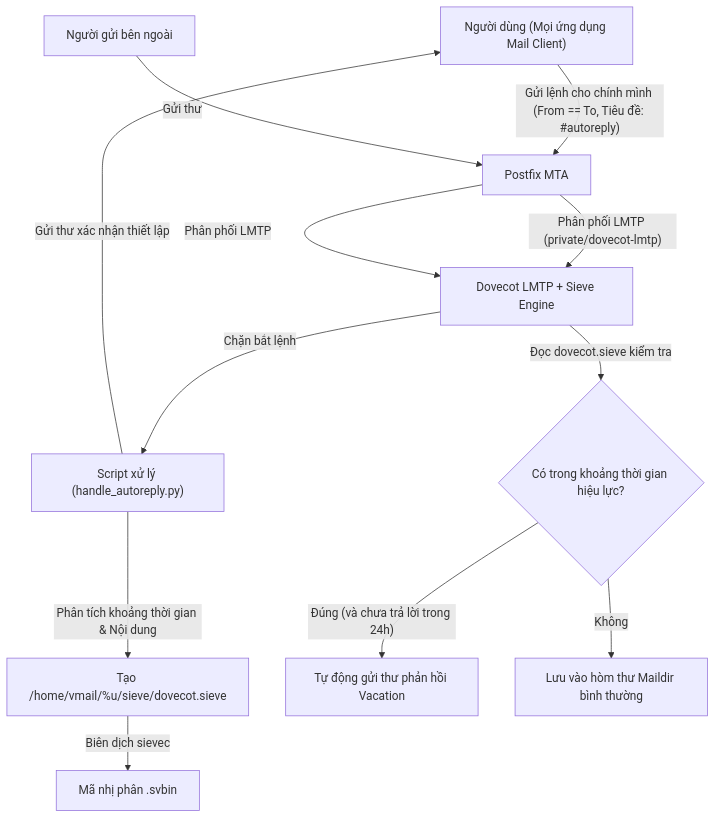
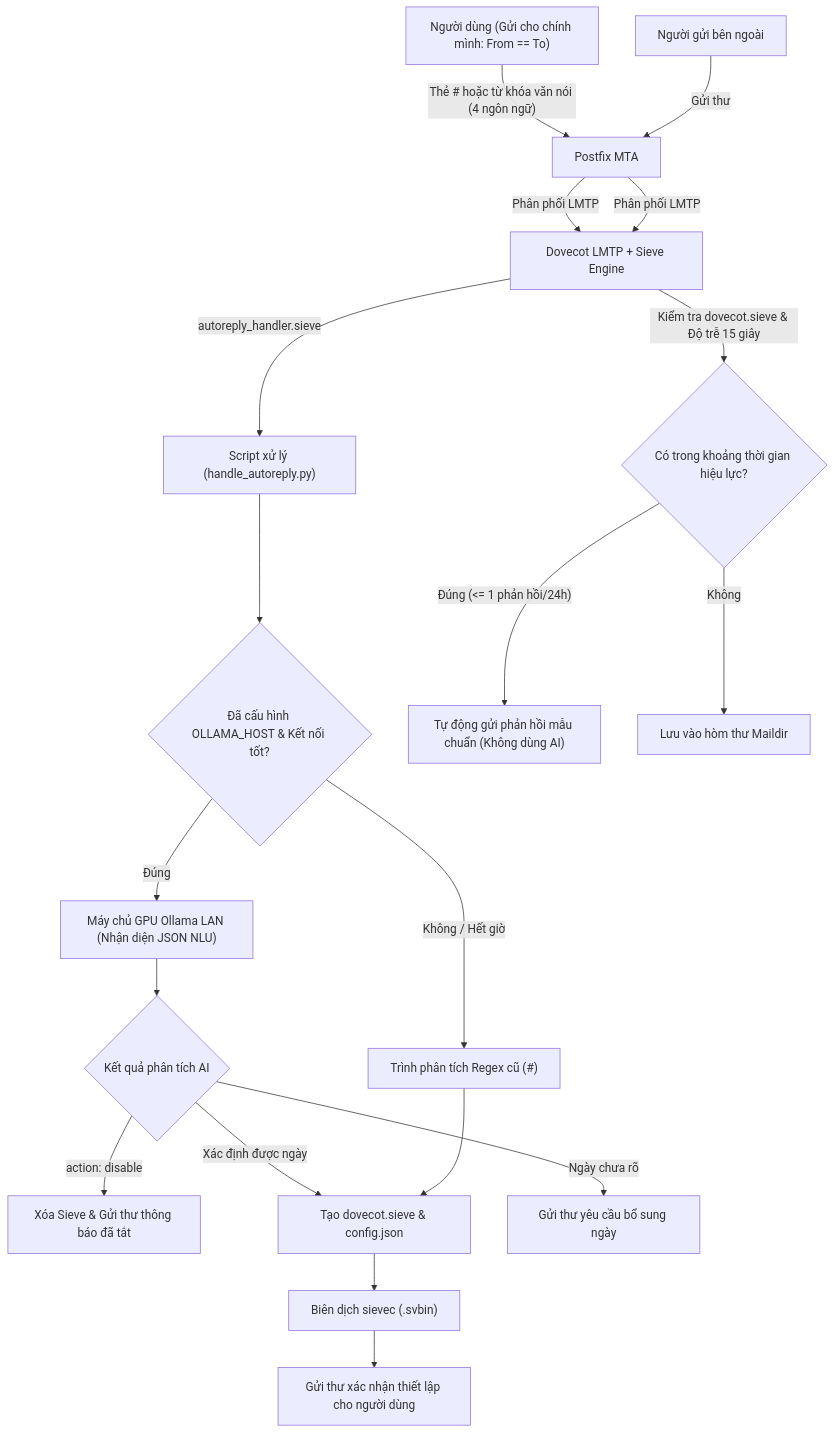
One commit to WilliamFromTW/docker-Postfix-AD changed the fourth of 4 diagrams in ARCHITECTURE.vi.md. Above: the diagram before and after it, drawn with Mermaid. The commit also changed other lines of this file and 11 other files, not shown here.

Commit message:
feat(autoreply): support ollama local AI for natural language auto-reply in 4 languages

````diff
--- a/ARCHITECTURE.vi.md
+++ b/ARCHITECTURE.vi.md
@@ -208,16 +208,26 @@
 ```mermaid
 graph TD
-    User["Người dùng (Mọi ứng dụng Mail Client)"] -->|"Gửi lệnh cho chính mình (From == To, Tiêu đề: #autoreply)"| Postfix["Postfix MTA"]
-    Postfix -->|"Phân phối LMTP (private/dovecot-lmtp)"| Dovecot["Dovecot LMTP + Sieve Engine"]
+    User["Người dùng (Gửi cho chính mình: From == To)"] -->|"Thẻ # hoặc từ khóa văn nói (4 ngôn ngữ)"| Postfix["Postfix MTA"]
+    Postfix -->|"Phân phối LMTP"| Dovecot["Dovecot LMTP + Sieve Engine"]
     
-    Dovecot -->|"Chặn bắt lệnh"| Handler["Script xử lý (handle_autoreply.py)"]
-    Handler -->|"Phân tích khoảng thời gian & Nội dung"| SieveGen["Tạo /home/vmail/%u/sieve/dovecot.sieve"]
-    SieveGen -->|"Biên dịch sievec"| Binary["Mã nhị phân .svbin"]
-    Handler -->|"Gửi thư xác nhận thiết lập"| User
+    Dovecot -->|"autoreply_handler.sieve"| Handler["Script xử lý (handle_autoreply.py)"]
+    Handler --> CheckOllama{"Đã cấu hình OLLAMA_HOST & Kết nối tốt?"}
+    
+    CheckOllama -->|"Đúng"| Ollama["Máy chủ GPU Ollama LAN (Nhận diện JSON NLU)"]
+    CheckOllama -->|"Không / Hết giờ"| FallbackRegex["Trình phân tích Regex cũ (#)"]
+    
+    Ollama --> ResultCheck{"Kết quả phân tích AI"}
+    ResultCheck -->|"action: disable"| DoDisable["Xóa Sieve & Gửi thư thông báo đã tắt"]
+    ResultCheck -->|"Xác định được ngày"| ApplyConfig["Tạo dovecot.sieve & config.json"]
+    ResultCheck -->|"Ngày chưa rõ"| NotifyUnclear["Gửi thư yêu cầu bổ sung ngày"]
+    
+    FallbackRegex --> ApplyConfig
+    ApplyConfig --> Sievec["Biên dịch sievec (.svbin)"]
+    Sievec --> SendSuccess["Gửi thư xác nhận thiết lập cho người dùng"]
 
     RemoteSender["Người gửi bên ngoài"] -->|"Gửi thư"| Postfix
     Postfix -->|"Phân phối LMTP"| Dovecot
-    Dovecot -->|"Đọc dovecot.sieve kiểm tra"| CheckDate{"Có trong khoảng thời gian hiệu lực?"}
-    CheckDate -->|"Đúng (và chưa trả lời trong 24h)"| AutoReply["Tự động gửi thư phản hồi Vacation"]
-    CheckDate -->|"Không"| Inbox["Lưu vào hòm thư Maildir bình thường"]
+    Dovecot -->|"Kiểm tra dovecot.sieve & Độ trễ 15 giây"| CheckDate{"Có trong khoảng thời gian hiệu lực?"}
+    CheckDate -->|"Đúng (<= 1 phản hồi/24h)"| AutoReply["Tự động gửi phản hồi mẫu chuẩn (Không dùng AI)"]
+    CheckDate -->|"Không"| Inbox["Lưu vào hòm thư Maildir"]
 ```
````
